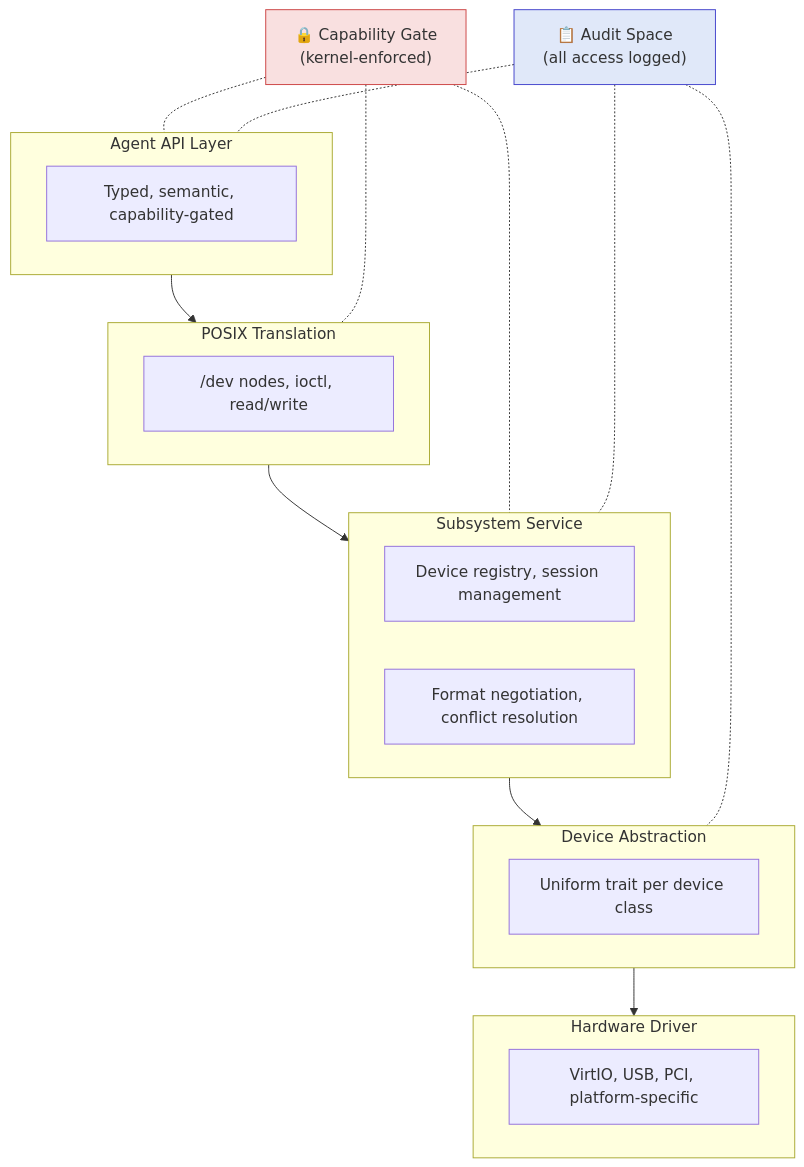
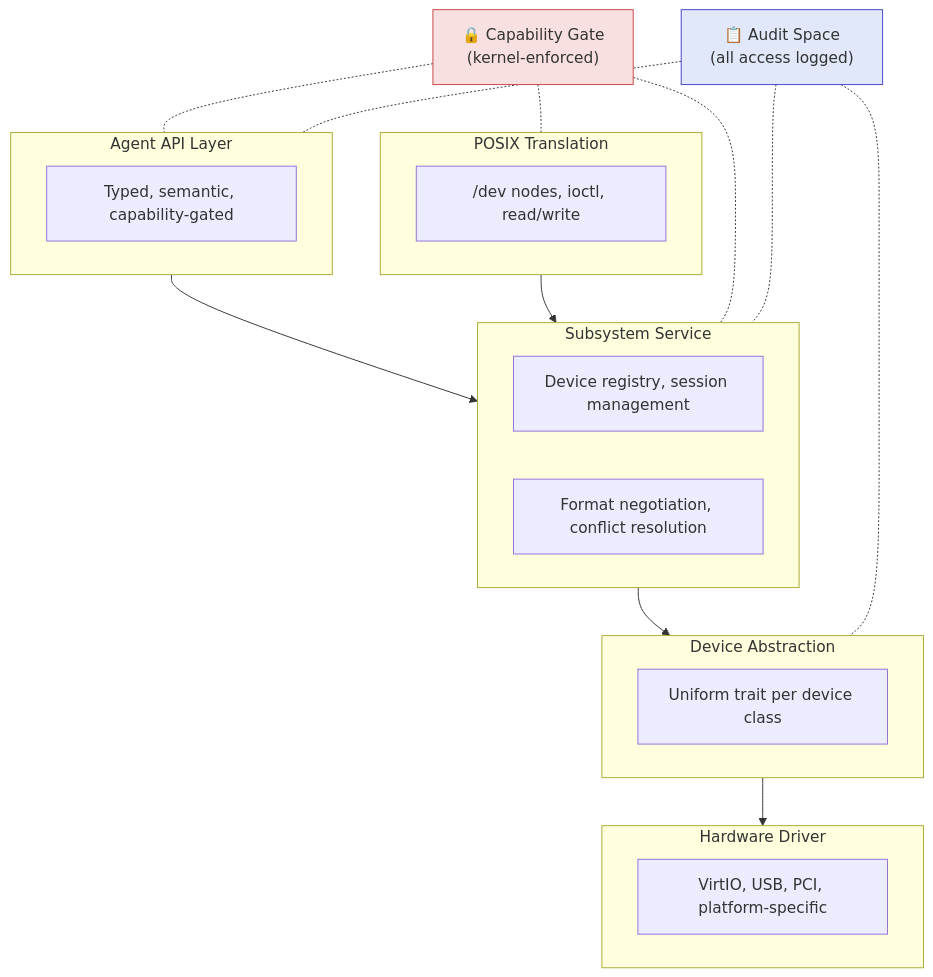
Before and after one commit to juslee/aios: the first of 6 diagrams in docs/platform/subsystem-framework.md, drawn with Mermaid. The commit also changed other lines of this file, not shown here.

````diff
--- a/docs/platform/subsystem-framework.md
+++ b/docs/platform/subsystem-framework.md
@@ -37,41 +37,41 @@
 ```mermaid
 flowchart TD
     subgraph AgentAPI["Agent API Layer"]
         A1["Typed, semantic, capability-gated"]
     end
 
     subgraph POSIX["POSIX Translation"]
         P1["/dev nodes, ioctl, read/write"]
     end
 
     subgraph Service["Subsystem Service"]
         S1["Device registry, session management"]
         S2["Format negotiation, conflict resolution"]
     end
 
     subgraph Abstraction["Device Abstraction"]
         D1["Uniform trait per device class"]
     end
 
     subgraph Driver["Hardware Driver"]
         H1["VirtIO, USB, PCI, platform-specific"]
     end
 
-    AgentAPI --> POSIX
+    AgentAPI --> Service
     POSIX --> Service
     Service --> Abstraction
     Abstraction --> Driver
 
     CapGate["🔒 Capability Gate\n(kernel-enforced)"]
     AuditSpace["📋 Audit Space\n(all access logged)"]
 
     CapGate -.- AgentAPI
     CapGate -.- POSIX
     CapGate -.- Service
     AuditSpace -.- AgentAPI
     AuditSpace -.- Service
     AuditSpace -.- Abstraction
 
     style CapGate fill:#f9e0e0,stroke:#c44
     style AuditSpace fill:#e0e8f9,stroke:#44c
 ```
````
